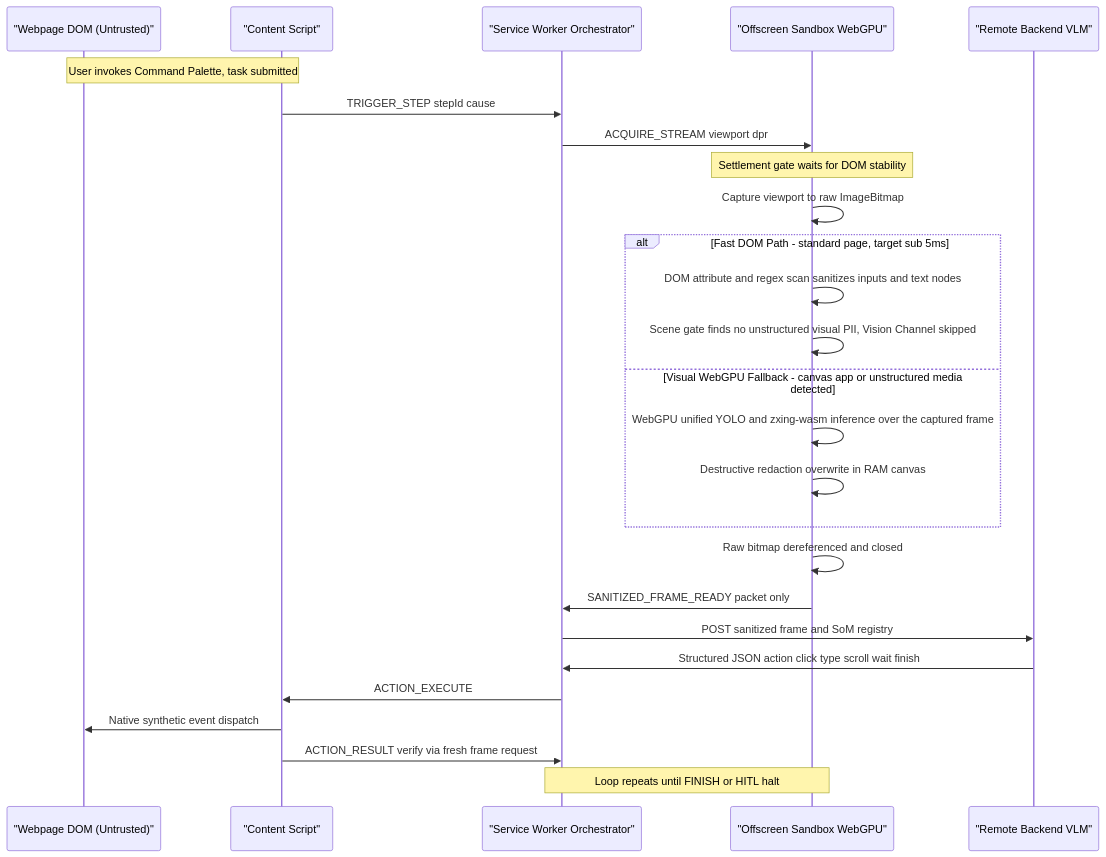
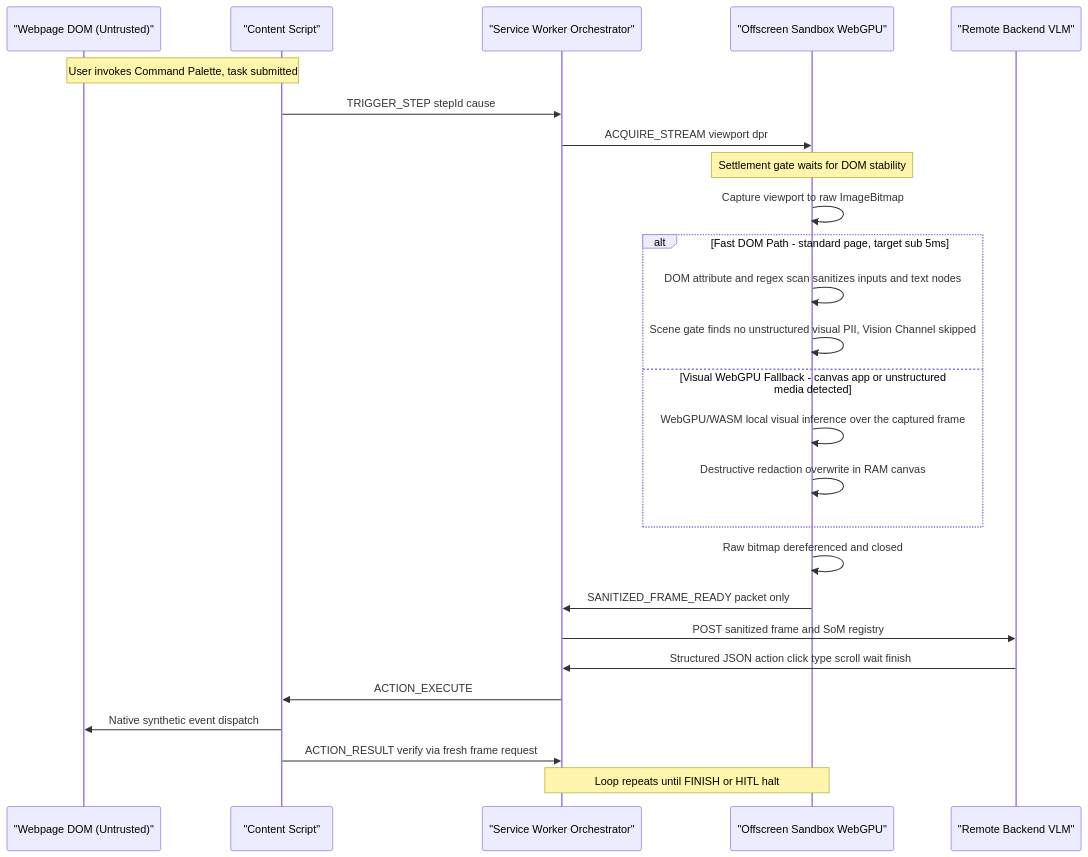
Before and after one commit to Rohinth-S/NAYAN: the third of 5 diagrams in README.md, drawn with Mermaid. The commit also changed other lines of this file and 9 other files, not shown here.

Commit message:
feat: adopt approach B privacy architecture

````diff
--- a/README.md
+++ b/README.md
@@ -120,29 +120,29 @@
 ```mermaid
 sequenceDiagram
     participant DOM as "Webpage DOM (Untrusted)"
     participant CS as "Content Script"
     participant SW as "Service Worker Orchestrator"
     participant OS as "Offscreen Sandbox WebGPU"
     participant VLM as "Remote Backend VLM"
 
     Note over DOM,CS: User invokes Command Palette, task submitted
     CS->>SW: TRIGGER_STEP stepId cause
     SW->>OS: ACQUIRE_STREAM viewport dpr
     Note over OS: Settlement gate waits for DOM stability
     OS->>OS: Capture viewport to raw ImageBitmap
     alt Fast DOM Path - standard page, target sub 5ms
         OS->>OS: DOM attribute and regex scan sanitizes inputs and text nodes
         OS->>OS: Scene gate finds no unstructured visual PII, Vision Channel skipped
     else Visual WebGPU Fallback - canvas app or unstructured media detected
-        OS->>OS: WebGPU unified YOLO and zxing-wasm inference over the captured frame
+        OS->>OS: WebGPU/WASM local visual inference over the captured frame
         OS->>OS: Destructive redaction overwrite in RAM canvas
     end
     OS->>OS: Raw bitmap dereferenced and closed
     OS->>SW: SANITIZED_FRAME_READY packet only
     SW->>VLM: POST sanitized frame and SoM registry
     VLM->>SW: Structured JSON action click type scroll wait finish
     SW->>CS: ACTION_EXECUTE
     CS->>DOM: Native synthetic event dispatch
     CS->>SW: ACTION_RESULT verify via fresh frame request
     Note over SW,OS: Loop repeats until FINISH or HITL halt
 ```
````
